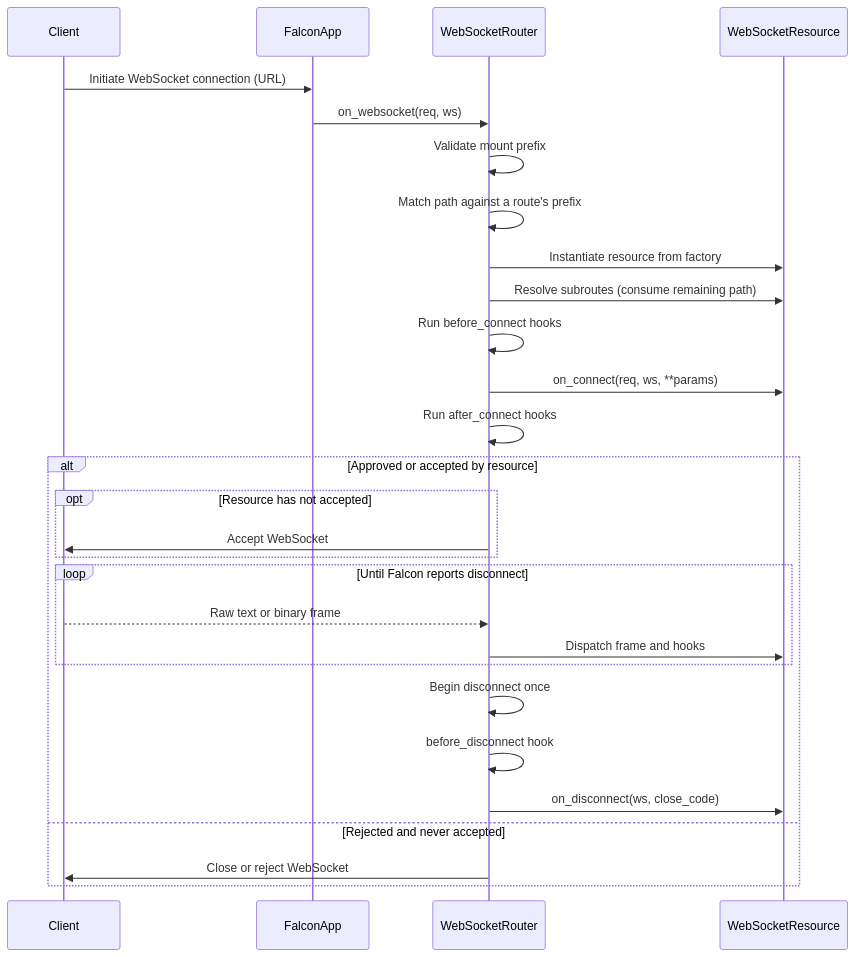
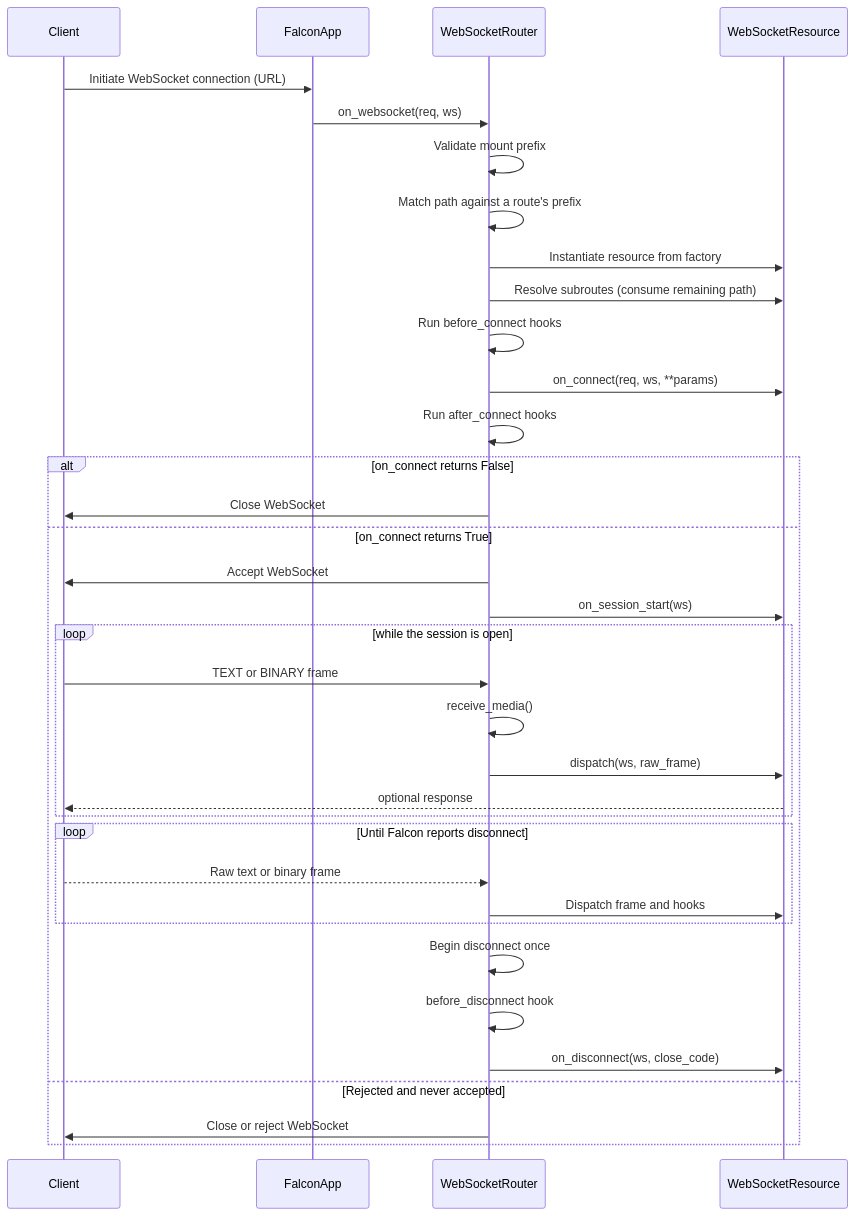
One commit to leynos/falcon-pachinko changed the sixth of 17 diagrams in docs/falcon-websocket-extension-design.md. Above: the diagram before and after it, drawn with Mermaid. The commit also changed other lines of this file and 58 other files, not shown here.

First line of the commit message:
Define WebSocket connection lifecycle (#178)

````diff
--- a/docs/falcon-websocket-extension-design.md
+++ b/docs/falcon-websocket-extension-design.md
@@ -987,31 +1104,38 @@
 ```mermaid
 sequenceDiagram
     participant Client
     participant FalconApp
     participant WebSocketRouter
     participant WebSocketResource
 
     Client->>FalconApp: Initiate WebSocket connection (URL)
     FalconApp->>WebSocketRouter: on_websocket(req, ws)
     WebSocketRouter->>WebSocketRouter: Validate mount prefix
     WebSocketRouter->>WebSocketRouter: Match path against a route's prefix
     WebSocketRouter->>WebSocketResource: Instantiate resource from factory
     WebSocketRouter->>WebSocketResource: Resolve subroutes (consume remaining path)
     WebSocketRouter->>WebSocketRouter: Run before_connect hooks
     WebSocketRouter->>WebSocketResource: on_connect(req, ws, **params)
     WebSocketRouter->>WebSocketRouter: Run after_connect hooks
-    alt Approved or accepted by resource
-        opt Resource has not accepted
-            WebSocketRouter->>Client: Accept WebSocket
+    alt on_connect returns False
+        WebSocketRouter->>Client: Close WebSocket
+    else on_connect returns True
+        WebSocketRouter->>Client: Accept WebSocket
+        WebSocketRouter->>WebSocketResource: on_session_start(ws)
+        loop while the session is open
+            Client->>WebSocketRouter: TEXT or BINARY frame
+            WebSocketRouter->>WebSocketRouter: receive_media()
+            WebSocketRouter->>WebSocketResource: dispatch(ws, raw_frame)
+            WebSocketResource-->>Client: optional response
         end
         loop Until Falcon reports disconnect
             Client-->>WebSocketRouter: Raw text or binary frame
             WebSocketRouter->>WebSocketResource: Dispatch frame and hooks
         end
         WebSocketRouter->>WebSocketRouter: Begin disconnect once
         WebSocketRouter->>WebSocketRouter: before_disconnect hook
         WebSocketRouter->>WebSocketResource: on_disconnect(ws, close_code)
     else Rejected and never accepted
         WebSocketRouter->>Client: Close or reject WebSocket
     end
 ```
````
